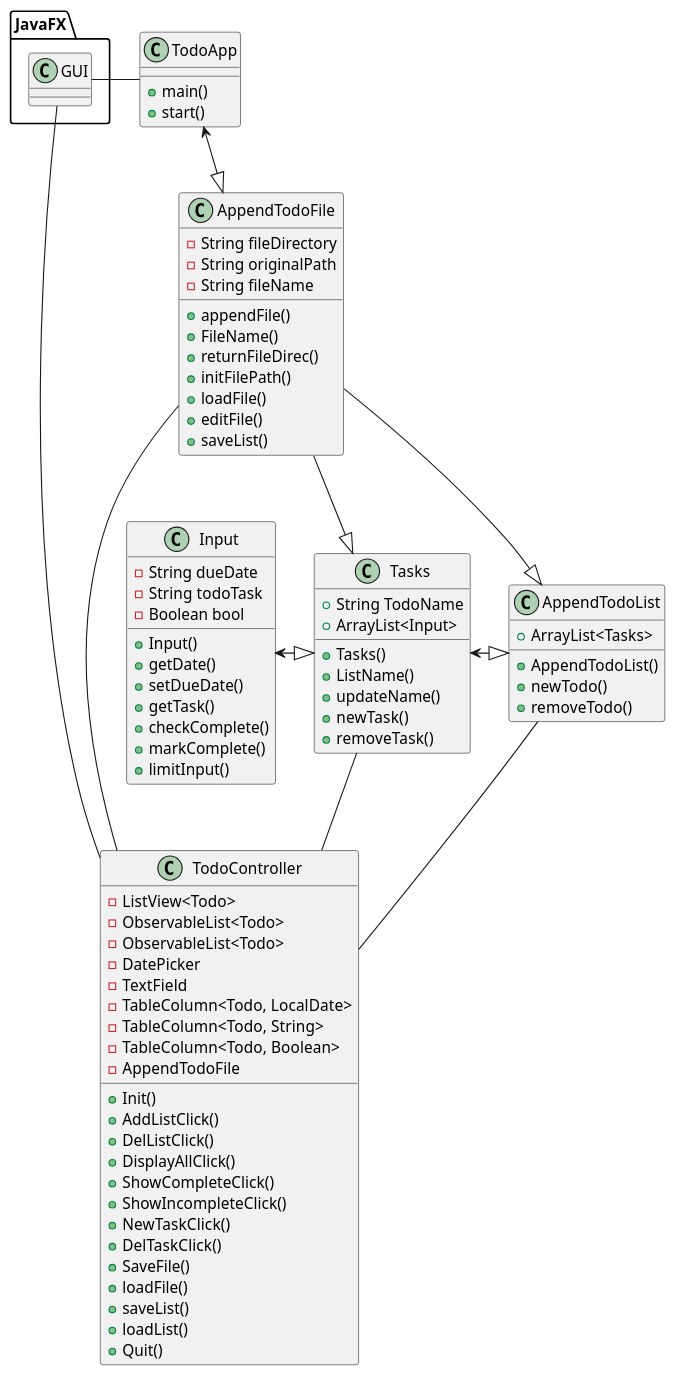
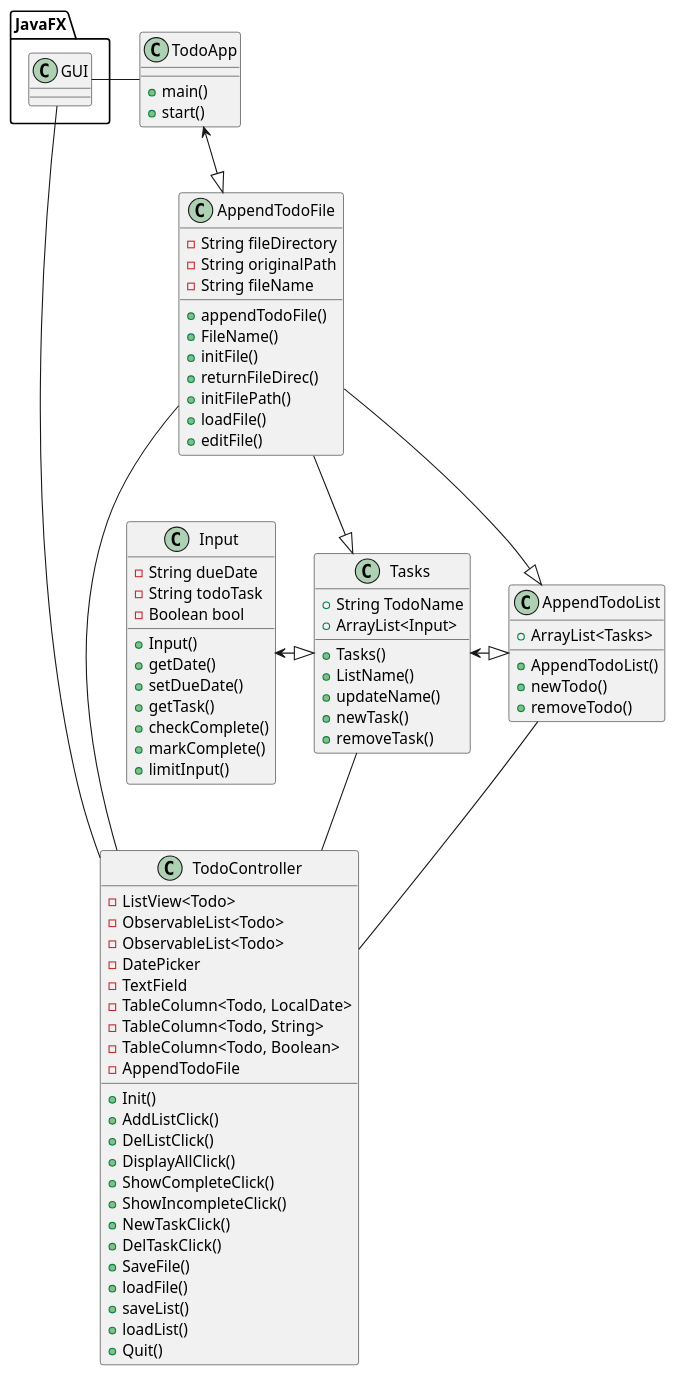
One commit to yeshmandava/mandava-cop3330-assignment4part2 changed the diagram in uml/Todo.puml. Above: the diagram before and after it, drawn with PlantUML. The commit also changed 3 other files, not shown here.

```diff
--- a/uml/Todo.puml
+++ b/uml/Todo.puml
@@ -1,107 +1,106 @@
 @startuml
 'https://plantuml.com/sequence-diagram
 
 JavaFX.GUI = TodoApp
 JavaFX.GUI = TodoController
 
 class TodoApp
 {
     +main()
     +start()
 }
 
 class Input
 {
     -String dueDate
     -String todoTask
     -Boolean bool
 
     +Input()
     +getDate()
     +setDueDate()
     +getTask()
     +checkComplete()
     +markComplete()
     +limitInput()
 }
 
 class AppendTodoFile
 {
     -String fileDirectory
     -String originalPath
     -String fileName
 
-    +appendFile()
+    +appendTodoFile()
     +FileName()
+    +initFile()
     +returnFileDirec()
     +initFilePath()
     +loadFile()
     +editFile()
-    +saveList()
-
 }
 
 class TodoController
 {
     -ListView<Todo>
     -ObservableList<Todo>
     -ObservableList<Todo>
     -DatePicker
     -TextField
     -TableColumn<Todo, LocalDate>
     -TableColumn<Todo, String>
     -TableColumn<Todo, Boolean>
     -AppendTodoFile
 
 
     +Init()
     +AddListClick()
     +DelListClick()
     +DisplayAllClick()
     +ShowCompleteClick()
     +ShowIncompleteClick()
     +NewTaskClick()
     +DelTaskClick()
     +SaveFile()
     +loadFile()
     +saveList()
     +loadList()
     +Quit()
 }
 
 class AppendTodoList
 {
     +ArrayList<Tasks>
 
     +AppendTodoList()
     +newTodo()
     +removeTodo()
 
 }
 
 class Tasks
 {
     +String TodoName
     +ArrayList<Input>
 
     +Tasks()
     +ListName()
     +updateName()
     +newTask()
     +removeTask()
 
 }
 
 
 TodoApp <--|> AppendTodoFile
 Input <-|> Tasks
 AppendTodoFile --|> AppendTodoList
 Tasks <-|> AppendTodoList
 AppendTodoFile --|> Tasks
 
 
 AppendTodoList = TodoController
 AppendTodoFile = TodoController
 Tasks == TodoController
 
 @enduml
```
